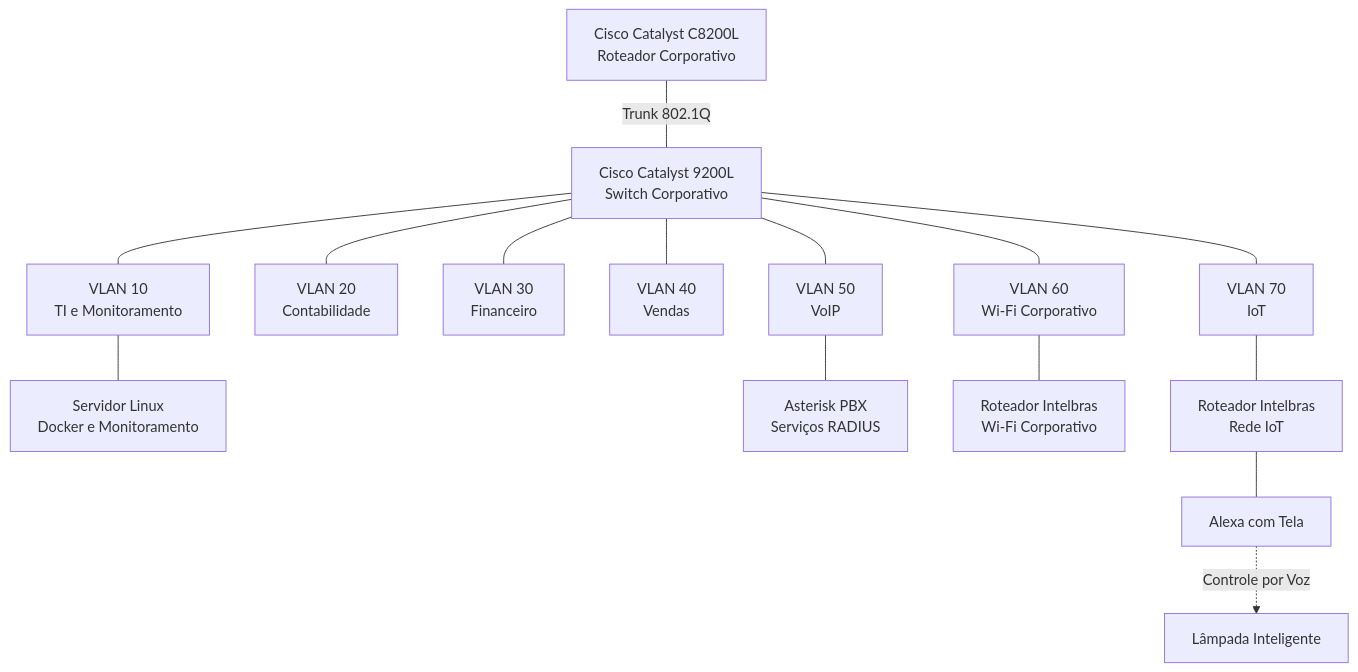
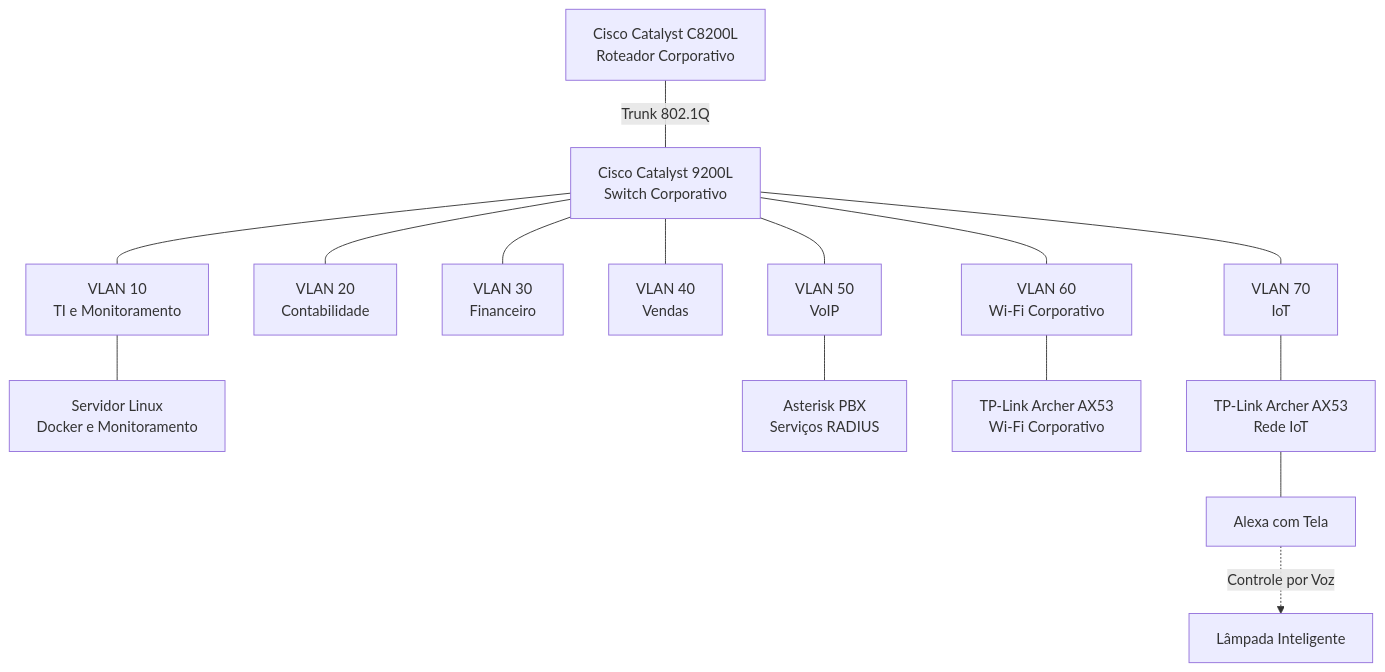
One commit to kayo-willian/enterprise-noc-from-scratch changed the first of 2 diagrams in docs/pt-BR/arquitetura/visao-geral-da-infraestrutura.md. Above: the diagram before and after it, drawn with Mermaid. The commit also changed other lines of this file and 35 other files, not shown here.

````diff
--- a/docs/pt-BR/arquitetura/visao-geral-da-infraestrutura.md
+++ b/docs/pt-BR/arquitetura/visao-geral-da-infraestrutura.md
@@ -19,24 +19,24 @@
 ```mermaid
 flowchart TB
     R["Cisco Catalyst C8200L<br/>Roteador Corporativo"]
     SW["Cisco Catalyst 9200L<br/>Switch Corporativo"]
 
     R ---|"Trunk 802.1Q"| SW
 
     SW --- V10["VLAN 10<br/>TI e Monitoramento"]
     SW --- V20["VLAN 20<br/>Contabilidade"]
     SW --- V30["VLAN 30<br/>Financeiro"]
     SW --- V40["VLAN 40<br/>Vendas"]
     SW --- V50["VLAN 50<br/>VoIP"]
     SW --- V60["VLAN 60<br/>Wi-Fi Corporativo"]
     SW --- V70["VLAN 70<br/>IoT"]
 
     V10 --- SERVER["Servidor Linux<br/>Docker e Monitoramento"]
     V50 --- PBX["Asterisk PBX<br/>Serviços RADIUS"]
 
-    V60 --- WIFI["Roteador Intelbras<br/>Wi-Fi Corporativo"]
-    V70 --- IOT["Roteador Intelbras<br/>Rede IoT"]
+    V60 --- WIFI["TP-Link Archer AX53<br/>Wi-Fi Corporativo"]
+    V70 --- IOT["TP-Link Archer AX53<br/>Rede IoT"]
 
     IOT --- ALEXA["Alexa com Tela"]
     ALEXA -.->|"Controle por Voz"| LIGHT["Lâmpada Inteligente"]
 ```
````
